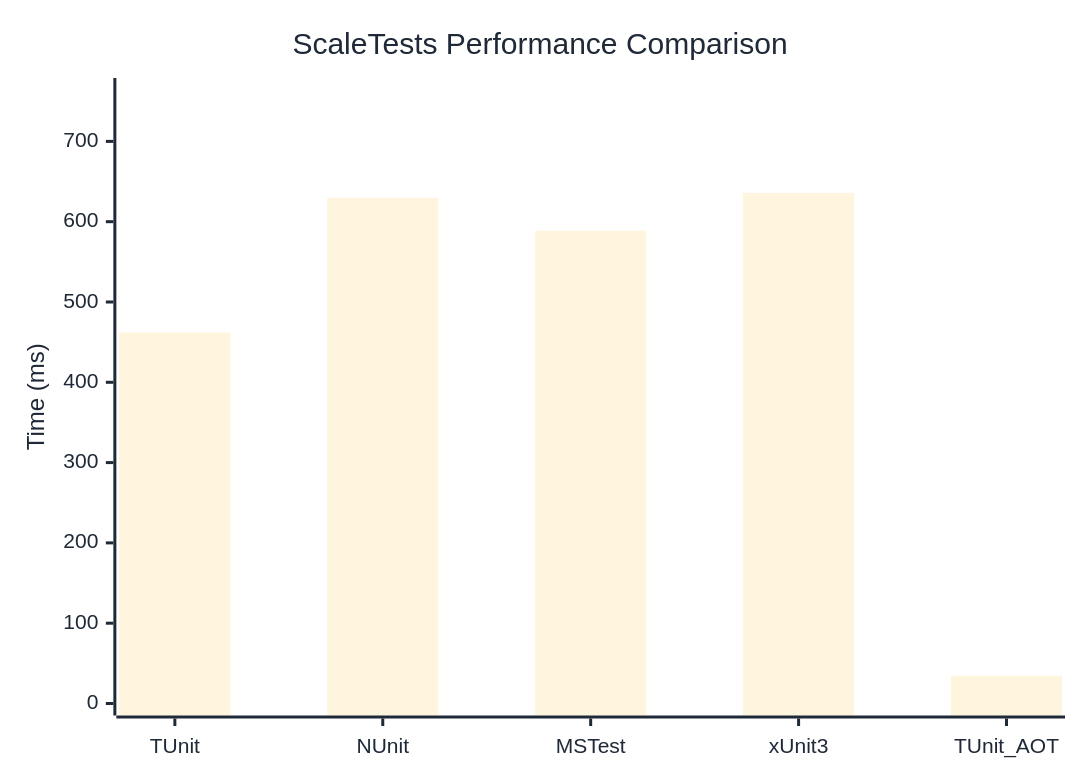
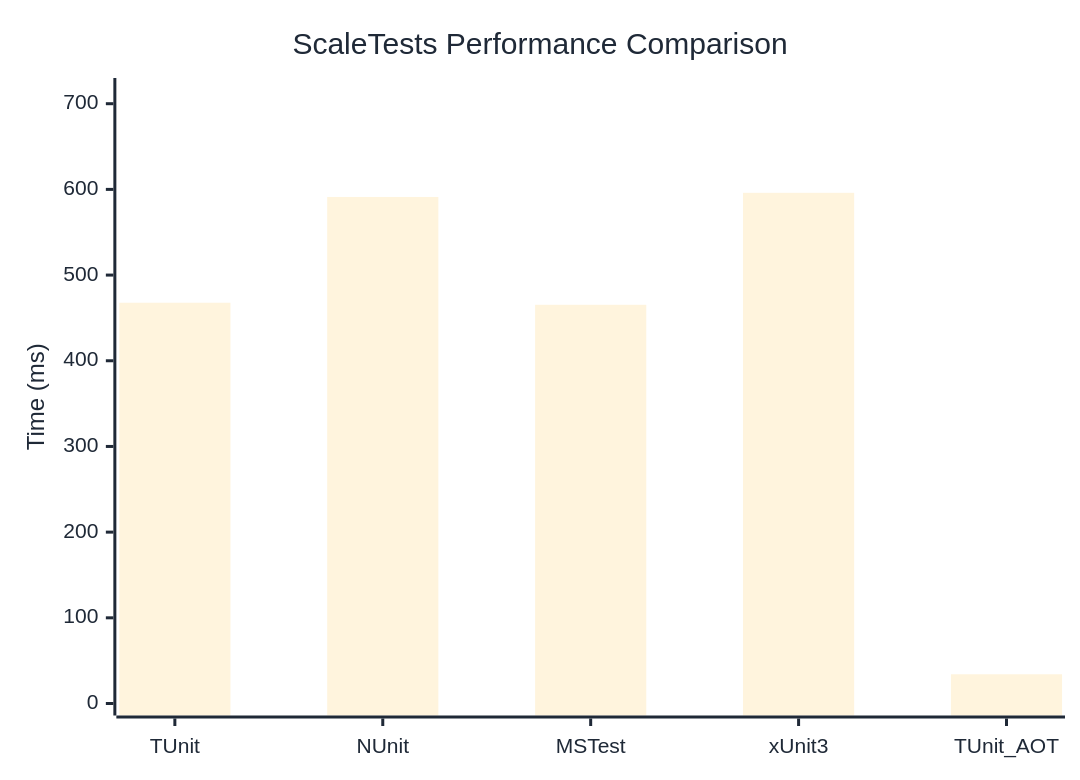
The diagram in docs/docs/benchmarks/ScaleTests.md (thomhurst/TUnit), drawn with Mermaid before and after one commit. The commit also changed other lines of this file and 17 other files, not shown here.

````diff
--- a/docs/docs/benchmarks/ScaleTests.md
+++ b/docs/docs/benchmarks/ScaleTests.md
@@ -27,37 +27,37 @@
 ```mermaid
 %%{init: {
   'theme':'base',
   'themeVariables': {
     'primaryColor': '#2563eb',
     'primaryTextColor': '#1f2937',
     'primaryBorderColor': '#1e40af',
     'lineColor': '#6b7280',
     'secondaryColor': '#7c3aed',
     'tertiaryColor': '#dc2626',
     'background': '#ffffff',
     'mainBkg': '#2563eb',
     'secondBkg': '#7c3aed',
     'tertiaryBkg': '#dc2626',
     'clusterBkg': '#f3f4f6',
     'edgeLabelBackground': '#ffffff',
     'tertiaryTextColor': '#1f2937',
     'pie1': '#2563eb',
     'pie2': '#7c3aed',
     'pie3': '#dc2626',
     'pie4': '#f59e0b',
     'pie5': '#10b981',
     'pie6': '#06b6d4',
     'pie7': '#ec4899',
     'pie8': '#6366f1',
     'pie9': '#84cc16',
     'pie10': '#f97316',
     'pie11': '#14b8a6',
     'pie12': '#a855f7'
   }
 }}%%
 xychart-beta
   title "ScaleTests Performance Comparison"
   x-axis ["TUnit", "NUnit", "MSTest", "xUnit3", "TUnit_AOT"]
-  y-axis "Time (ms)" 0 --> 764
-  bar [462.07, 629.72, 588.83, 635.9, 34.65]
+  y-axis "Time (ms)" 0 --> 716
+  bar [467.73, 591.18, 465.33, 596.01, 34.11]
 ```
````
